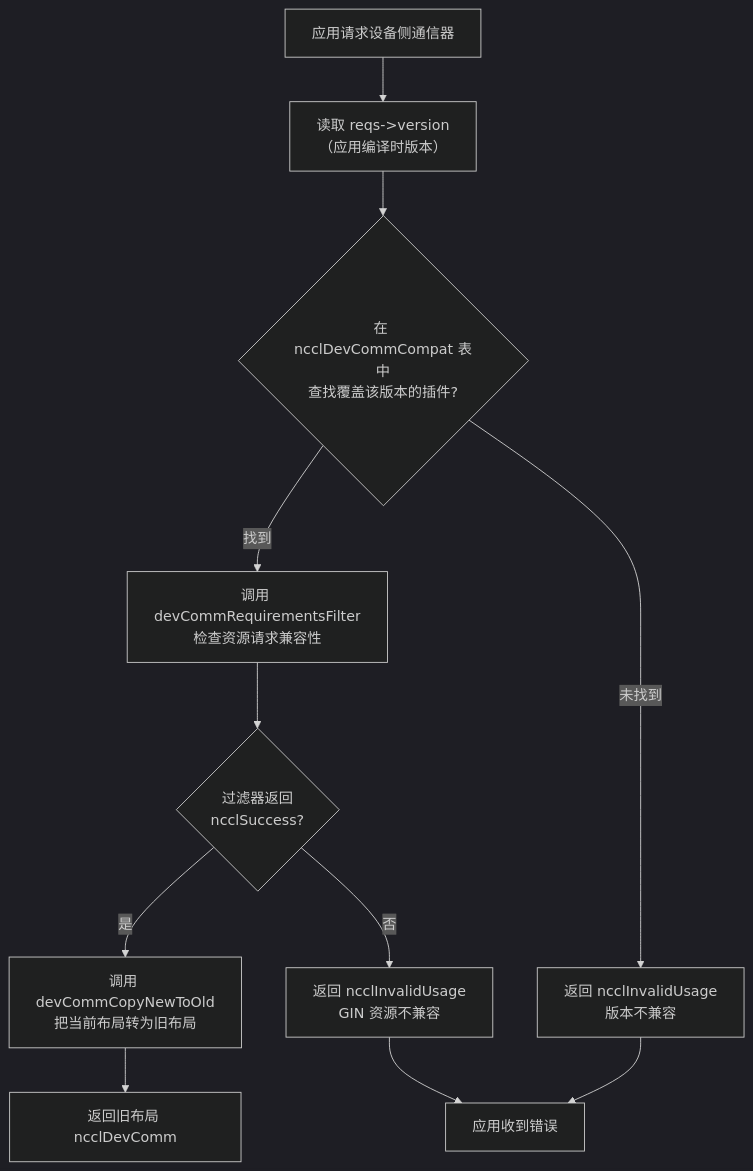
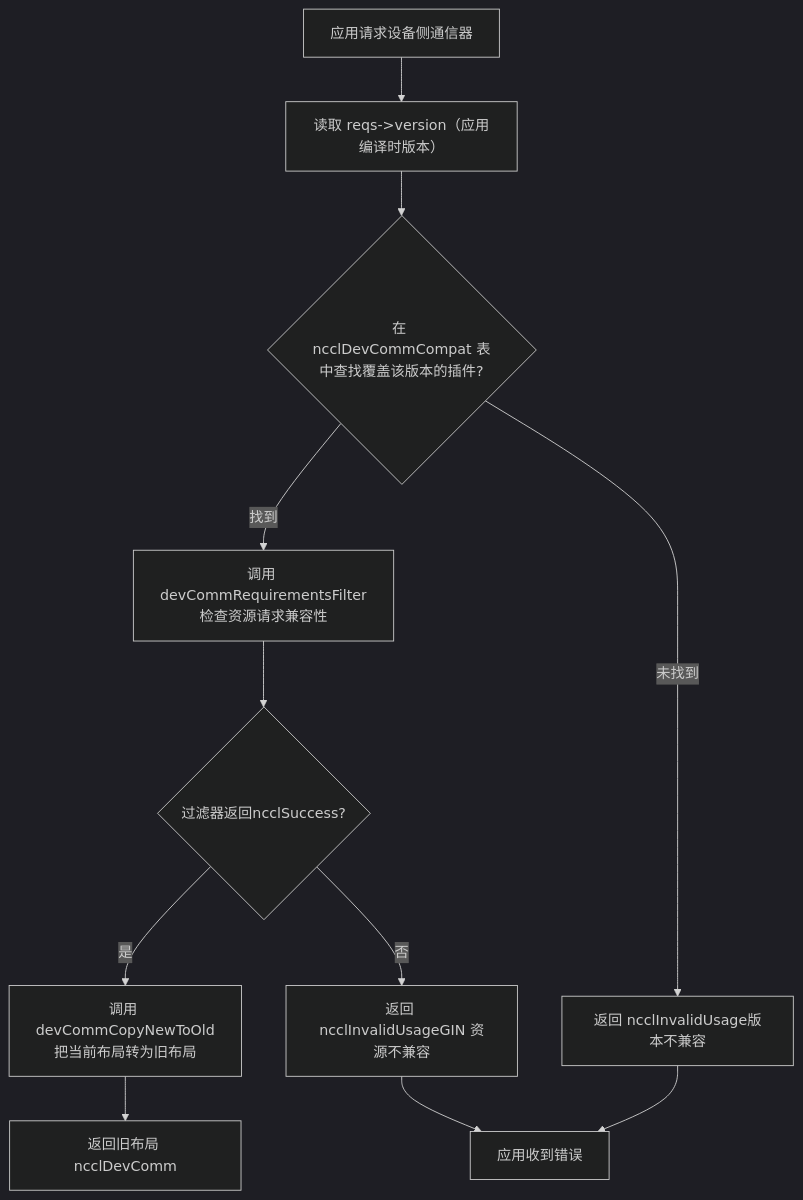
One commit to maleRjc/AiReadCodeBooks changed the first of 2 diagrams in books/nccl/en/19-device-communication-abi-devcomm.md. Above: the diagram before and after it, drawn with Mermaid (dark theme). The commit also changed other lines of this file and 80 other files, not shown here.

````diff
--- a/books/nccl/en/19-device-communication-abi-devcomm.md
+++ b/books/nccl/en/19-device-communication-abi-devcomm.md
@@ -129,13 +138,13 @@
 ```mermaid
 flowchart TD
-    start["应用请求设备侧通信器"] --> read_ver["读取 reqs->version<br/>（应用编译时版本）"]
-    read_ver --> find_compat{"在 ncclDevCommCompat 表中<br/>查找覆盖该版本的插件?"}
-    find_compat -->|找到| check_filter["调用 devCommRequirementsFilter<br/>检查资源请求兼容性"]
-    find_compat -->|未找到| err_unsupported["返回 ncclInvalidUsage<br/>版本不兼容"]
-    check_filter --> filter_ok{"过滤器返回<br/>ncclSuccess?"}
-    filter_ok -->|是| copy_new_to_old["调用 devCommCopyNewToOld<br/>把当前布局转为旧布局"]
-    filter_ok -->|否| err_gin["返回 ncclInvalidUsage<br/>GIN 资源不兼容"]
+    start["应用请求设备侧通信器"] --> read_ver["读取 reqs->version（应用编译时版本）"]
+    read_ver --> find_compat{"在 ncclDevCommCompat 表中查找覆盖该版本的插件?"}
+    find_compat -->|找到| check_filter["调用 devCommRequirementsFilter检查资源请求兼容性"]
+    find_compat -->|未找到| err_unsupported["返回 ncclInvalidUsage版本不兼容"]
+    check_filter --> filter_ok{"过滤器返回ncclSuccess?"}
+    filter_ok -->|是| copy_new_to_old["调用 devCommCopyNewToOld把当前布局转为旧布局"]
+    filter_ok -->|否| err_gin["返回 ncclInvalidUsageGIN 资源不兼容"]
     copy_new_to_old --> done["返回旧布局 ncclDevComm"]
     err_unsupported --> done_err["应用收到错误"]
     err_gin --> done_err
 ```
````
